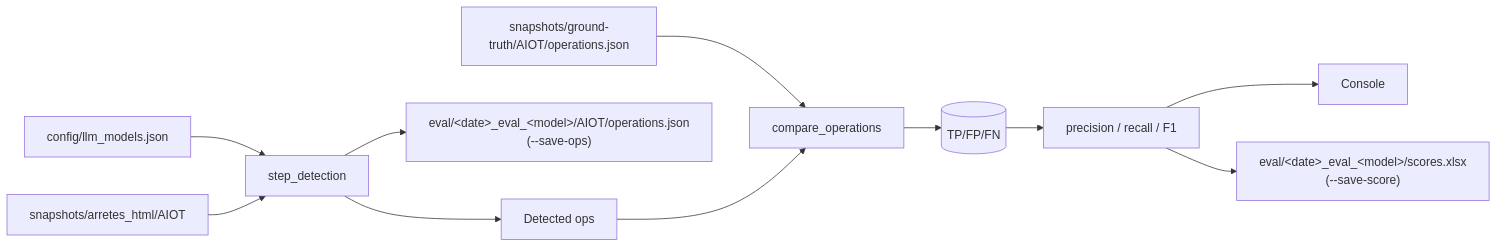
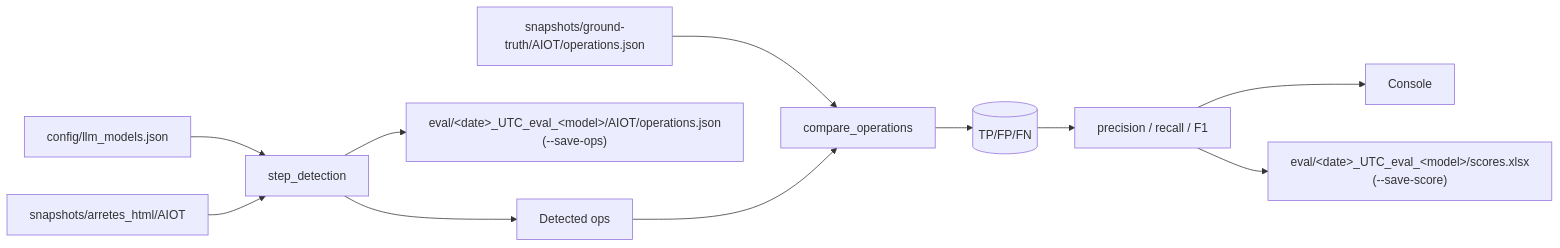
Before and after one commit to mte-dgpr/ocapi: the diagram in docs/evaluation.md, drawn with Mermaid. The commit also changed other lines of this file and 7 other files, not shown here.

````diff
--- a/docs/evaluation.md
+++ b/docs/evaluation.md
@@ -28,13 +28,13 @@
 ```mermaid
 flowchart LR
   models[config/llm_models.json] --> det[step_detection]
   html[snapshots/arretes_html/AIOT] --> det
   det --> dops[Detected ops]
-  det --> opsfile["eval/&lt;date&gt;_eval_&lt;model&gt;/AIOT/operations.json\n(--save-ops)"]
+  det --> opsfile["eval/&lt;date&gt;_UTC_eval_&lt;model&gt;/AIOT/operations.json\n(--save-ops)"]
   gt[snapshots/ground-truth/AIOT/operations.json] --> cmp[compare_operations]
   dops --> cmp
   cmp --> tp[(TP/FP/FN)]
   tp --> scores[precision / recall / F1]
   scores --> stdout[Console]
-  scores --> xlsx["eval/&lt;date&gt;_eval_&lt;model&gt;/scores.xlsx\n(--save-score)"]
+  scores --> xlsx["eval/&lt;date&gt;_UTC_eval_&lt;model&gt;/scores.xlsx\n(--save-score)"]
 ```
````
